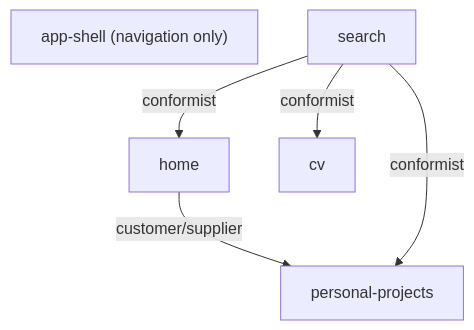
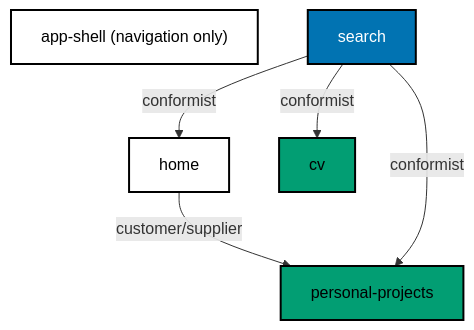
The third of 3 diagrams in specs/apps/wahidyankf-www/architecture.md (wahidyankf/grind-in-public), drawn with Mermaid before and after one commit. The commit also changed other lines of this file and 22 other files, not shown here.

First line of the commit message:
docs: use accessible palette in mermaid diagrams

````diff
--- a/specs/apps/wahidyankf-www/architecture.md
+++ b/specs/apps/wahidyankf-www/architecture.md
@@ -80,13 +92,19 @@
 ```mermaid
 flowchart TD
   accTitle: Component relationships of wahidyankf-www
   accDescr {
     Home depends on personal-projects. Search is a conformist to home, personal-projects, and cv.
     The app shell has no links to the other components.
   }
   AS["app-shell (navigation only)"]
   H[home] -->|customer/supplier| PP[personal-projects]
   S[search] -->|conformist| H
   S -->|conformist| PP
   S -->|conformist| CV[cv]
+  classDef default fill:#FFFFFF,stroke:#000000,color:#000000,stroke-width:2px
+  classDef blue fill:#0173B2,stroke:#000000,color:#FFFFFF,stroke-width:2px
+  classDef orange fill:#DE8F05,stroke:#000000,color:#000000,stroke-width:2px
+  classDef teal fill:#029E73,stroke:#000000,color:#000000,stroke-width:2px
+  class S blue
+  class PP,CV teal
 ```
````
